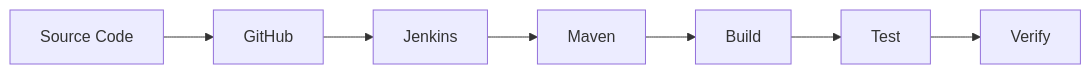
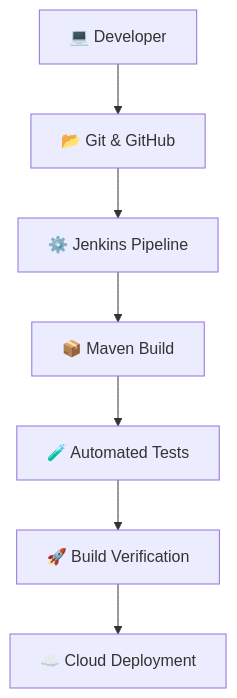
One commit to NayanPimpale/Nayan-Pimpale changed the diagram in README.md. Above: the diagram before and after it, drawn with Mermaid. The commit also changed other lines of this file, not shown here.

````diff
--- a/README.md
+++ b/README.md
@@ -86,9 +97,9 @@
 ```mermaid
-flowchart LR
-    A[Source Code] --> B[GitHub]
-    B --> C[Jenkins]
-    C --> D[Maven]
-    D --> E[Build]
-    E --> F[Test]
-    F --> G[Verify]
+flowchart TD
+    A["💻 Developer"] --> B["📂 Git & GitHub"]
+    B --> C["⚙️ Jenkins Pipeline"]
+    C --> D["📦 Maven Build"]
+    D --> E["🧪 Automated Tests"]
+    E --> F["🚀 Build Verification"]
+    F --> G["☁️ Cloud Deployment"]
 ```
````
